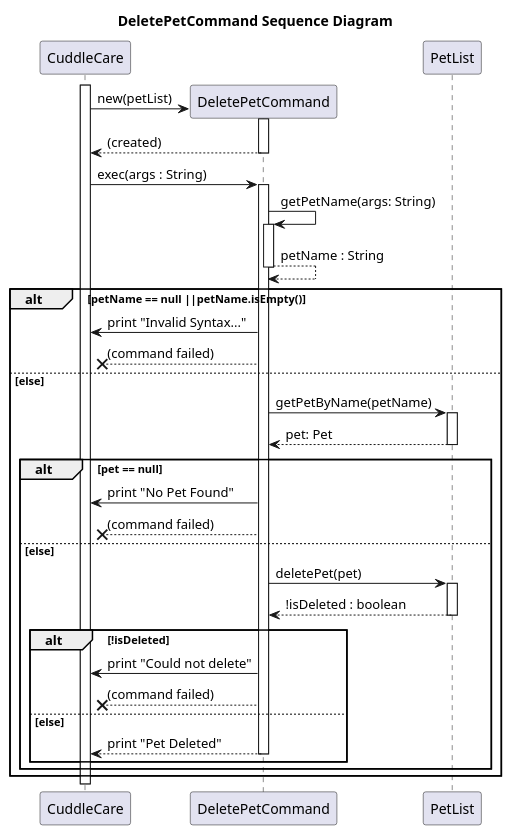
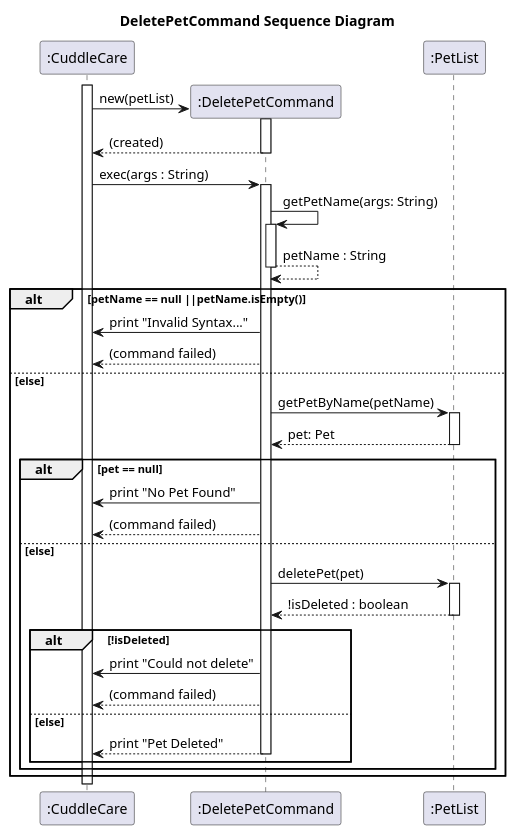
One commit to Kevin88866/tp changed the diagram in docs/uml/DeletePetCommandSequenceDiagram.puml. Above: the diagram before and after it, drawn with PlantUML. The commit also changed 3 other files, not shown here.

First line of the commit message:
Update the UML Diagrams

```diff
--- a/docs/uml/DeletePetCommandSequenceDiagram.puml
+++ b/docs/uml/DeletePetCommandSequenceDiagram.puml
@@ -1,54 +1,58 @@
 @startuml
 title DeletePetCommand Sequence Diagram
+
+participant ":CuddleCare" as CuddleCare
+participant ":DeletePetCommand" as DeletePetCommand
+participant ":PetList" as PetList
 
 activate CuddleCare
 
 ' Constructor
 CuddleCare -> DeletePetCommand** : new(petList)
 activate DeletePetCommand
 return (created)
 
 ' Exec Method
 CuddleCare -> DeletePetCommand : exec(args : String)
 activate DeletePetCommand
 
 ' getPetName Method
 DeletePetCommand -> DeletePetCommand : getPetName(args: String)
 activate DeletePetCommand
 return petName : String
 
 ' if input was invalid
 alt petName == null ||petName.isEmpty()
     DeletePetCommand -> CuddleCare : print "Invalid Syntax..."
-    DeletePetCommand --x CuddleCare : (command failed)
+    DeletePetCommand --> CuddleCare : (command failed)
 
 else else
     DeletePetCommand -> PetList : getPetByName(petName)
     activate PetList
     return pet: Pet
 
     ' if invalid pet
     alt pet == null
         DeletePetCommand -> CuddleCare : print "No Pet Found"
-        DeletePetCommand --x CuddleCare : (command failed)
+        DeletePetCommand --> CuddleCare : (command failed)
 
     else else
         DeletePetCommand -> PetList : deletePet(pet)
         activate PetList
         return !isDeleted : boolean
 
         ' if some error in deleting the pet
         alt !isDeleted
             DeletePetCommand -> CuddleCare : print "Could not delete"
-            DeletePetCommand --x CuddleCare : (command failed)
+            DeletePetCommand --> CuddleCare : (command failed)
 
         else else
             ' happy path
             return print "Pet Deleted"
         end
 
     end
 
 end
 
 @enduml
```
